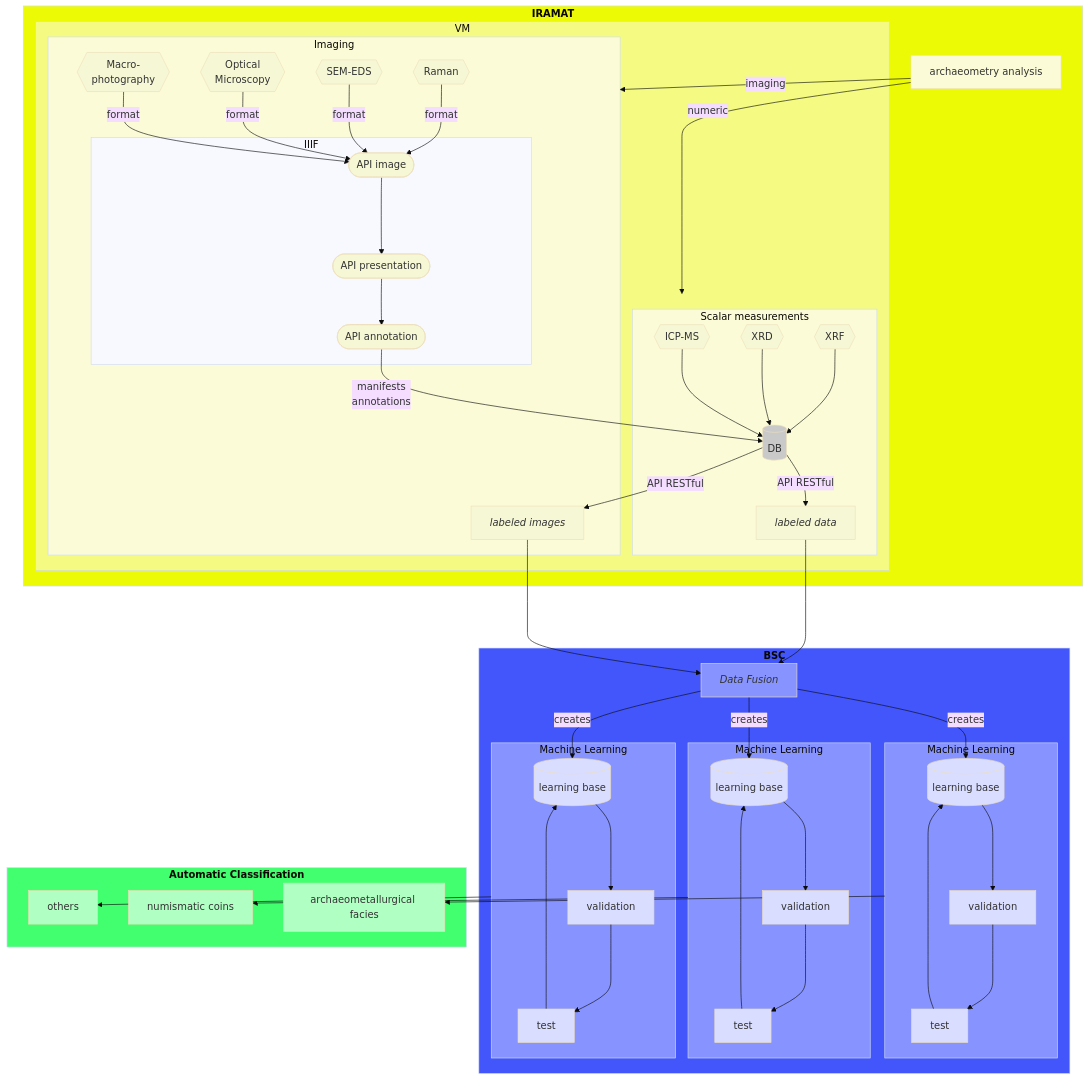
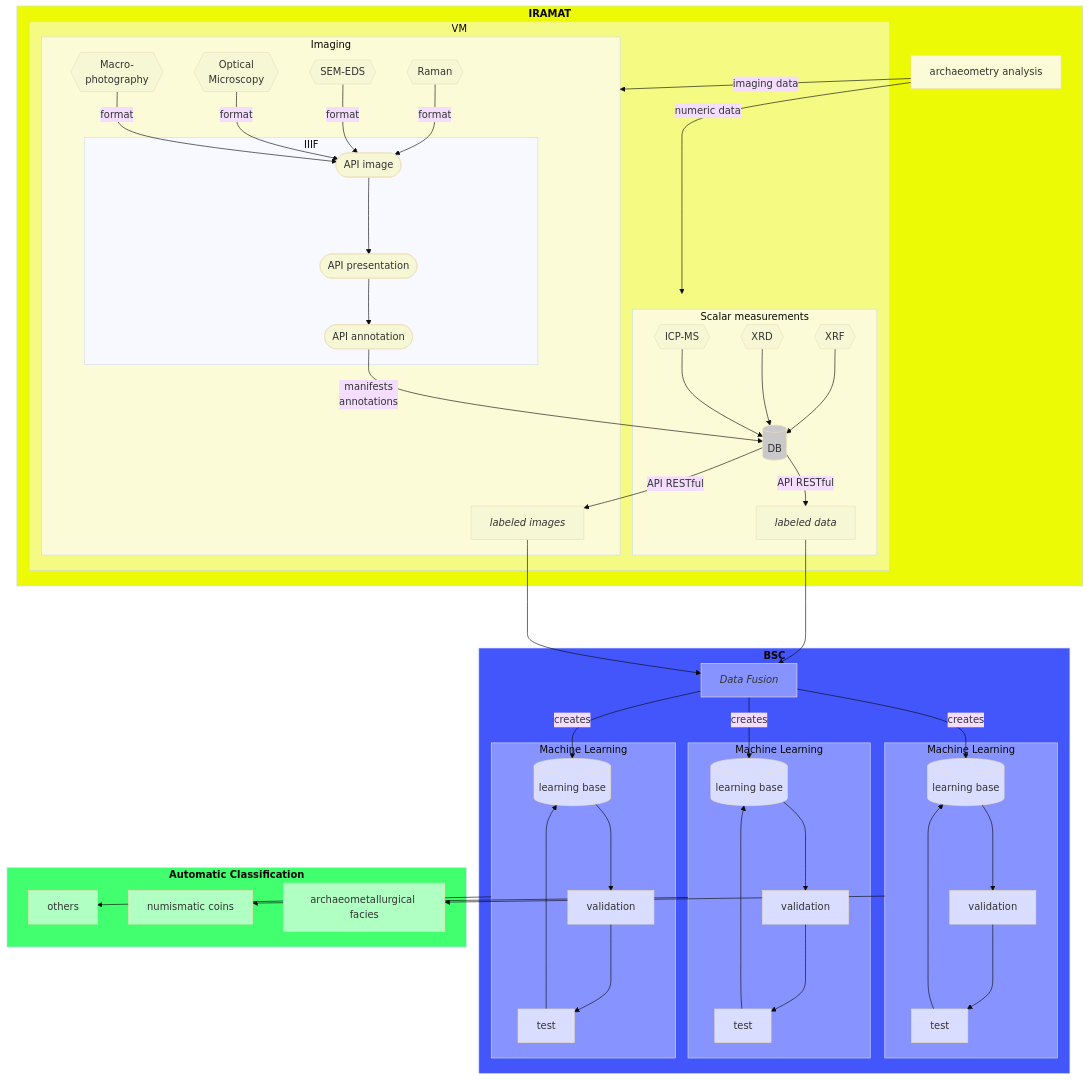
Before and after one commit to iramat/iramat-dev: the diagram in talks/2026-bsc/README.md, drawn with Mermaid (base theme).

Commit message:
slight changes

```diff
--- a/talks/2026-bsc/README.md
+++ b/talks/2026-bsc/README.md
@@ -9,8 +9,8 @@
 	XRF{{XRF}}
     BD[(DB)]
     analyses[archaeometry analysis]
-    analyses -- numeric --> IRAMATdata
-    analyses -- imaging --> IRAMATimg
+    analyses -- numeric data --> IRAMATdata
+    analyses -- imaging data --> IRAMATimg
 	subgraph VM[VM]
     subgraph IRAMATdata[Scalar measurements]
 		XRF --> BD
```
